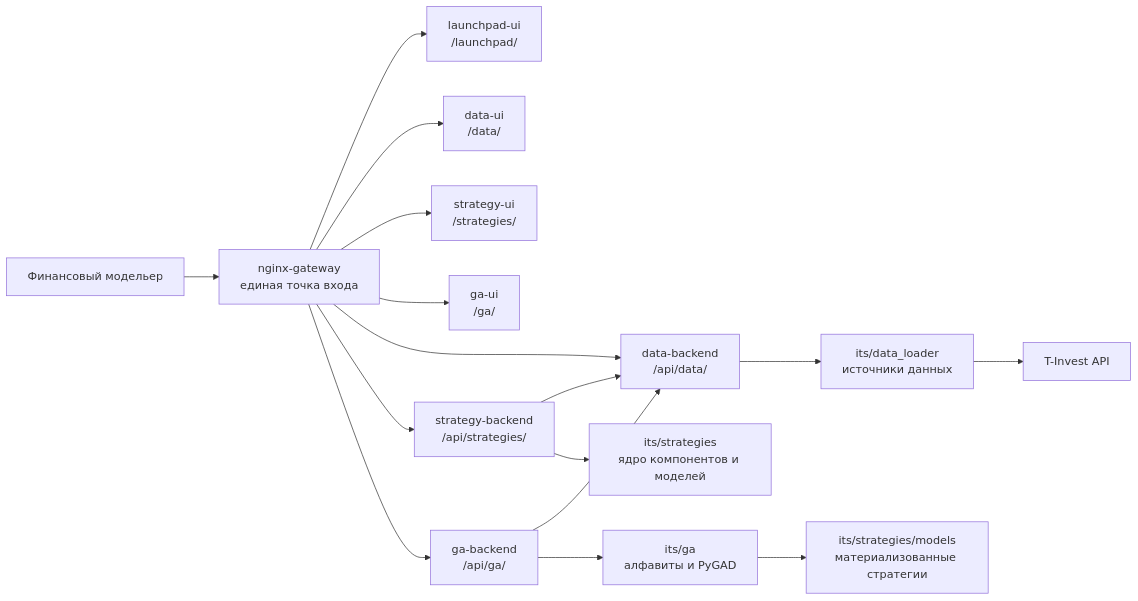
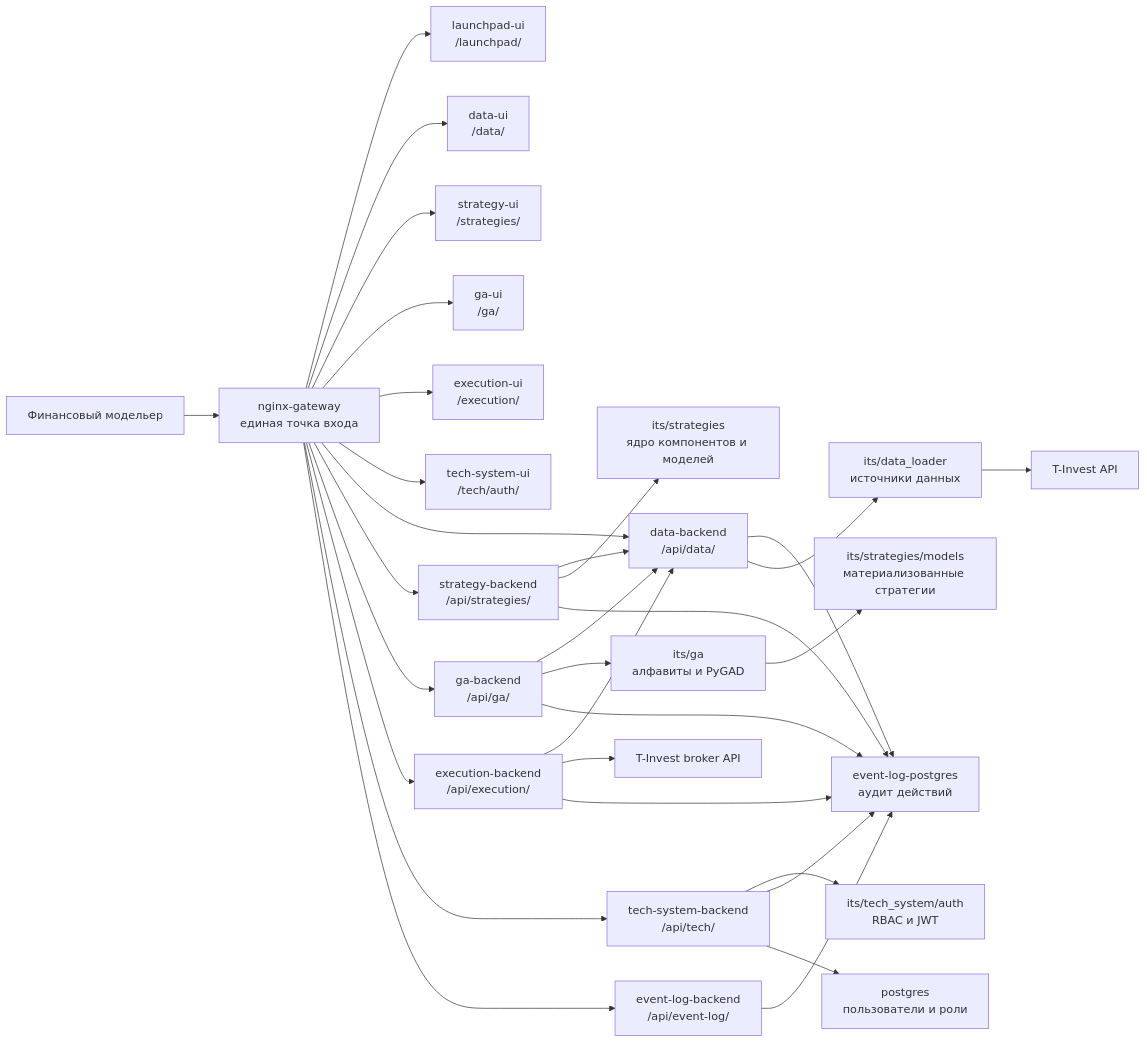
The diagram in docs/03-system-architecture.md (beilak/IntelligentTradingStrategies), drawn with Mermaid before and after one commit. The commit also changed other lines of this file and 23 other files, not shown here.

````diff
--- a/docs/03-system-architecture.md
+++ b/docs/03-system-architecture.md
@@ -9,21 +9,36 @@
 ```mermaid
 flowchart LR
     User["Финансовый модельер"] --> Gateway["nginx-gateway<br/>единая точка входа"]
 
     Gateway --> Launchpad["launchpad-ui<br/>/launchpad/"]
     Gateway --> DataUI["data-ui<br/>/data/"]
     Gateway --> StrategyUI["strategy-ui<br/>/strategies/"]
     Gateway --> GAUI["ga-ui<br/>/ga/"]
+    Gateway --> ExecutionUI["execution-ui<br/>/execution/"]
+    Gateway --> TechUI["tech-system-ui<br/>/tech/auth/"]
 
     Gateway --> DataAPI["data-backend<br/>/api/data/"]
     Gateway --> StrategyAPI["strategy-backend<br/>/api/strategies/"]
     Gateway --> GAAPI["ga-backend<br/>/api/ga/"]
+    Gateway --> ExecutionAPI["execution-backend<br/>/api/execution/"]
+    Gateway --> TechAPI["tech-system-backend<br/>/api/tech/"]
+    Gateway --> EventLogAPI["event-log-backend<br/>/api/event-log/"]
 
     StrategyAPI --> DataAPI
     GAAPI --> DataAPI
+    ExecutionAPI --> DataAPI
+    ExecutionAPI --> Broker["T-Invest broker API"]
     StrategyAPI --> Core["its/strategies<br/>ядро компонентов и моделей"]
     GAAPI --> GA["its/ga<br/>алфавиты и PyGAD"]
     GA --> Models["its/strategies/models<br/>материализованные стратегии"]
+    TechAPI --> Auth["its/tech_system/auth<br/>RBAC и JWT"]
+    DataAPI --> EventDB
+    StrategyAPI --> EventDB
+    GAAPI --> EventDB
+    ExecutionAPI --> EventDB
+    TechAPI --> EventDB
     DataAPI --> Loader["its/data_loader<br/>источники данных"]
     Loader --> TInvest["T-Invest API"]
+    TechAPI --> AppDB["postgres<br/>пользователи и роли"]
+    EventLogAPI --> EventDB["event-log-postgres<br/>аудит действий"]
 ```
````
